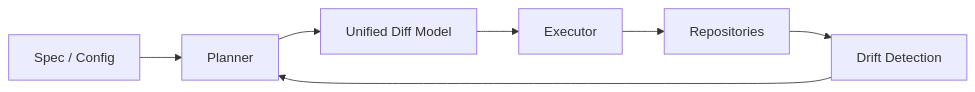
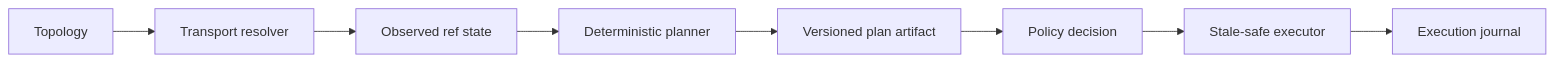
One commit to hackelia-micrantha/repora changed the second of 2 diagrams in README.md. Above: the diagram before and after it, drawn with Mermaid. The commit also changed other lines of this file and 6 other files, not shown here.

````diff
--- a/README.md
+++ b/README.md
@@ -32,9 +76,10 @@
 ```mermaid
 flowchart LR
-    Spec[Spec / Config] --> Planner[Planner]
-    Planner --> Diff[Unified Diff Model]
-    Diff --> Executor[Executor]
-    Executor --> Repos[Repositories]
-    Repos --> Drift[Drift Detection]
-    Drift --> Planner
+    Topology[Topology] --> Resolver[Transport resolver]
+    Resolver --> Observe[Observed ref state]
+    Observe --> Planner[Deterministic planner]
+    Planner --> Artifact[Versioned plan artifact]
+    Artifact --> Policy[Policy decision]
+    Policy --> Executor[Stale-safe executor]
+    Executor --> Journal[Execution journal]
 ```
````
